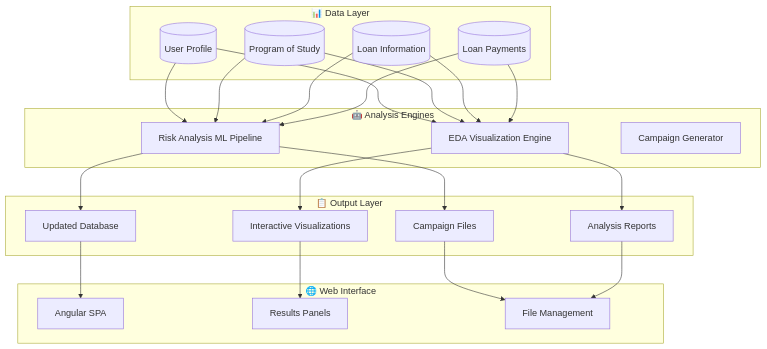
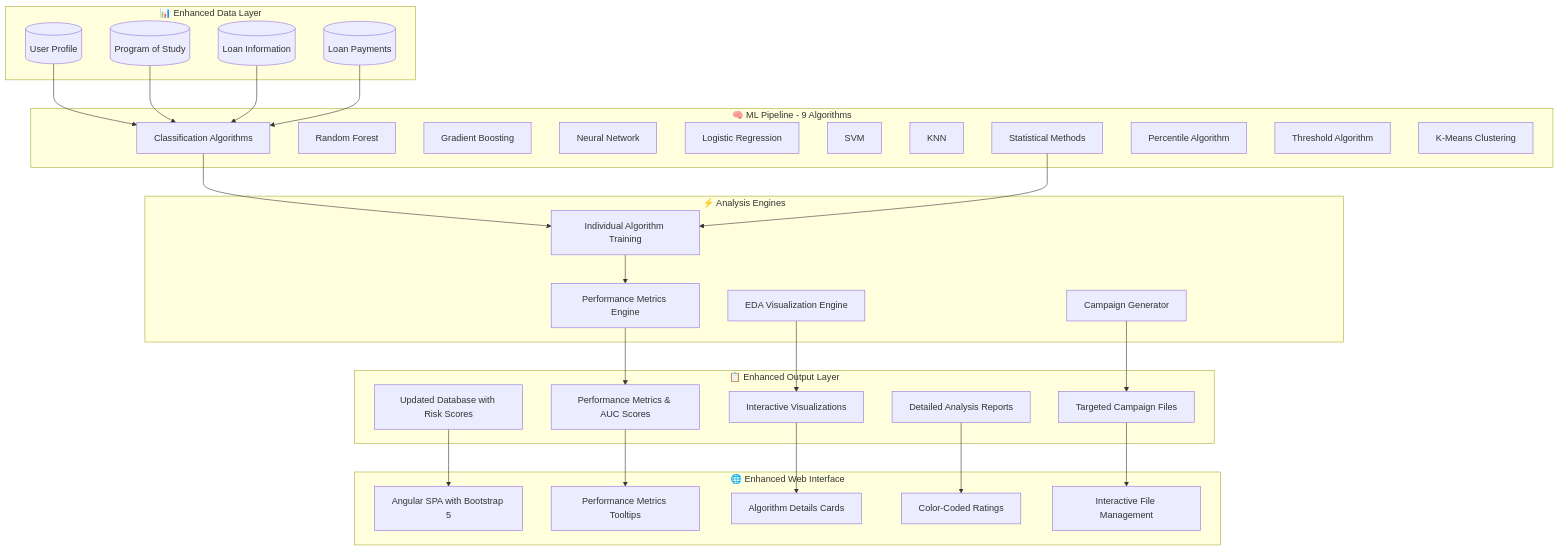
The first of 4 diagrams in DELINQUENCY_ANALYSIS.md (antongeorgescu/delinquency-data-management-website), drawn with Mermaid before and after one commit. The commit also changed other lines of this file and 2 other files, not shown here.

````diff
--- a/DELINQUENCY_ANALYSIS.md
+++ b/DELINQUENCY_ANALYSIS.md
@@ -15,48 +16,66 @@
 ```mermaid
 flowchart TB
-    subgraph data_layer[📊 Data Layer]
+    subgraph data_layer[📊 Enhanced Data Layer]
         A[(User Profile)]
         B[(Program of Study)]
         C[(Loan Information)]
         D[(Loan Payments)]
     end
     
-    subgraph analysis_engines[🤖 Analysis Engines]
-        E[Risk Analysis ML Pipeline]
-        F[EDA Visualization Engine]
-        G[Campaign Generator]
+    subgraph ml_pipeline[🧠 ML Pipeline - 9 Algorithms]
+        E1[Classification Algorithms]
+        E2[Random Forest]
+        E3[Gradient Boosting]
+        E4[Neural Network]
+        E5[Logistic Regression]
+        E6[SVM]
+        E7[KNN]
+        F1[Statistical Methods]
+        F2[Percentile Algorithm]
+        F3[Threshold Algorithm] 
+        F4[K-Means Clustering]
     end
     
-    subgraph output_layer[📋 Output Layer]
-        H[Updated Database]
-        I[Interactive Visualizations]
-        J[Campaign Files]
-        K[Analysis Reports]
+    subgraph analysis_engines[⚡ Analysis Engines]
+        G[Individual Algorithm Training]
+        H[Performance Metrics Engine]
+        I[EDA Visualization Engine]
+        J[Campaign Generator]
     end
     
-    subgraph web_interface[🌐 Web Interface]
-        L[Angular SPA]
-        M[Results Panels]
-        N[File Management]
+    subgraph output_layer[📋 Enhanced Output Layer]
+        K[Updated Database with Risk Scores]
+        L[Performance Metrics & AUC Scores]
+        M[Interactive Visualizations]
+        N[Targeted Campaign Files]
+        O[Detailed Analysis Reports]
     end
     
-    A --> E
-    B --> E
-    C --> E
-    D --> E
+    subgraph web_interface[🌐 Enhanced Web Interface]
+        P[Angular SPA with Bootstrap 5]
+        Q[Performance Metrics Tooltips]
+        R[Algorithm Details Cards]
+        S[Color-Coded Ratings]
+        T[Interactive File Management]
+    end
     
-    A --> F
-    B --> F
-    C --> F
-    D --> F
+    A --> E1
+    B --> E1
+    C --> E1
+    D --> E1
     
-    E --> H
-    F --> I
-    E --> J
-    F --> K
+    E1 --> G
+    F1 --> G
     
+    G --> H
     H --> L
+    L --> Q
+    
     I --> M
     J --> N
-    K --> N
+    
+    K --> P
+    M --> R
+    N --> T
+    O --> S
 ```
````
